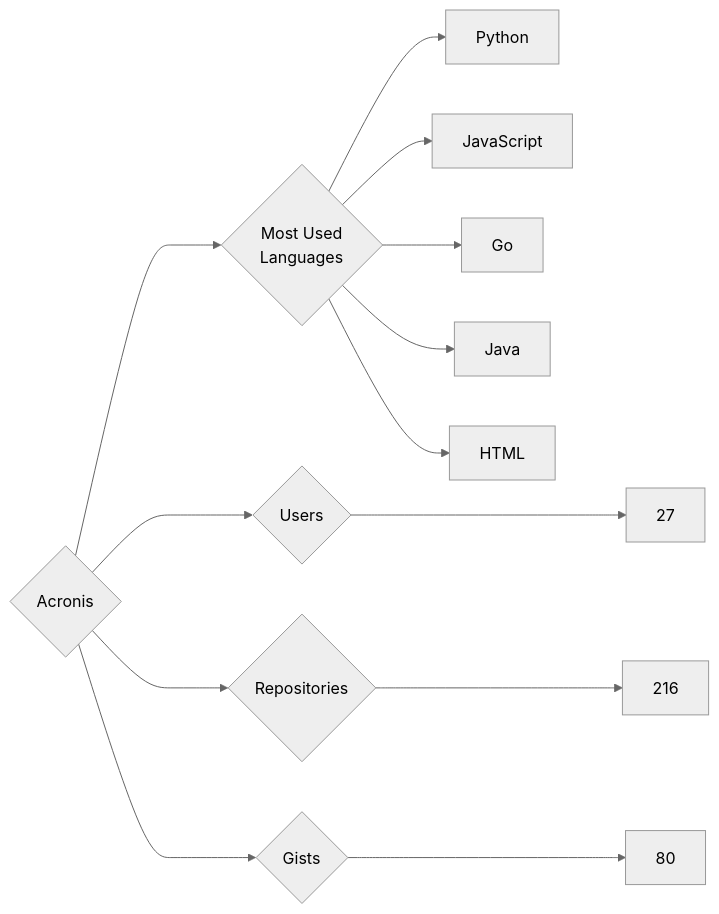
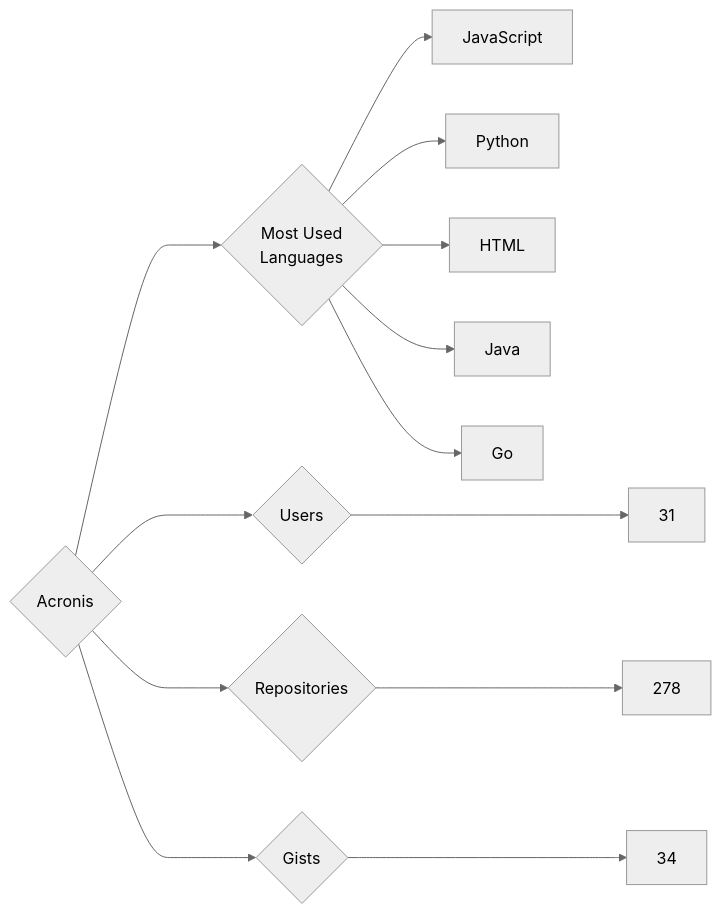
One commit to trickest/insiders changed the diagram in targets/Acronis/README.md. Above: the diagram before and after it, drawn with Mermaid (neutral theme). The commit also changed 714 other files, not shown here.

````diff
--- a/targets/Acronis/README.md
+++ b/targets/Acronis/README.md
@@ -3,13 +3,13 @@
 ```mermaid
 graph LR
 COMPANY_NAME{Acronis}
-COMPANY_NAME ---> U{Users} ---> UN[27]
-COMPANY_NAME ---> R{Repositories} ---> RN[216]
-COMPANY_NAME ---> G{Gists} ---> GN[80]
+COMPANY_NAME ---> U{Users} ---> UN[31]
+COMPANY_NAME ---> R{Repositories} ---> RN[278]
+COMPANY_NAME ---> G{Gists} ---> GN[34]
 COMPANY_NAME ---> ML{Most Used<br>Languages}
+ML --> JavaScript[JavaScript]
 ML --> Python[Python]
-ML --> JavaScript[JavaScript]
+ML --> HTML[HTML]
+ML --> Java[Java]
 ML --> Go[Go]
-ML --> Java[Java]
-ML --> HTML[HTML]
 ```
````
